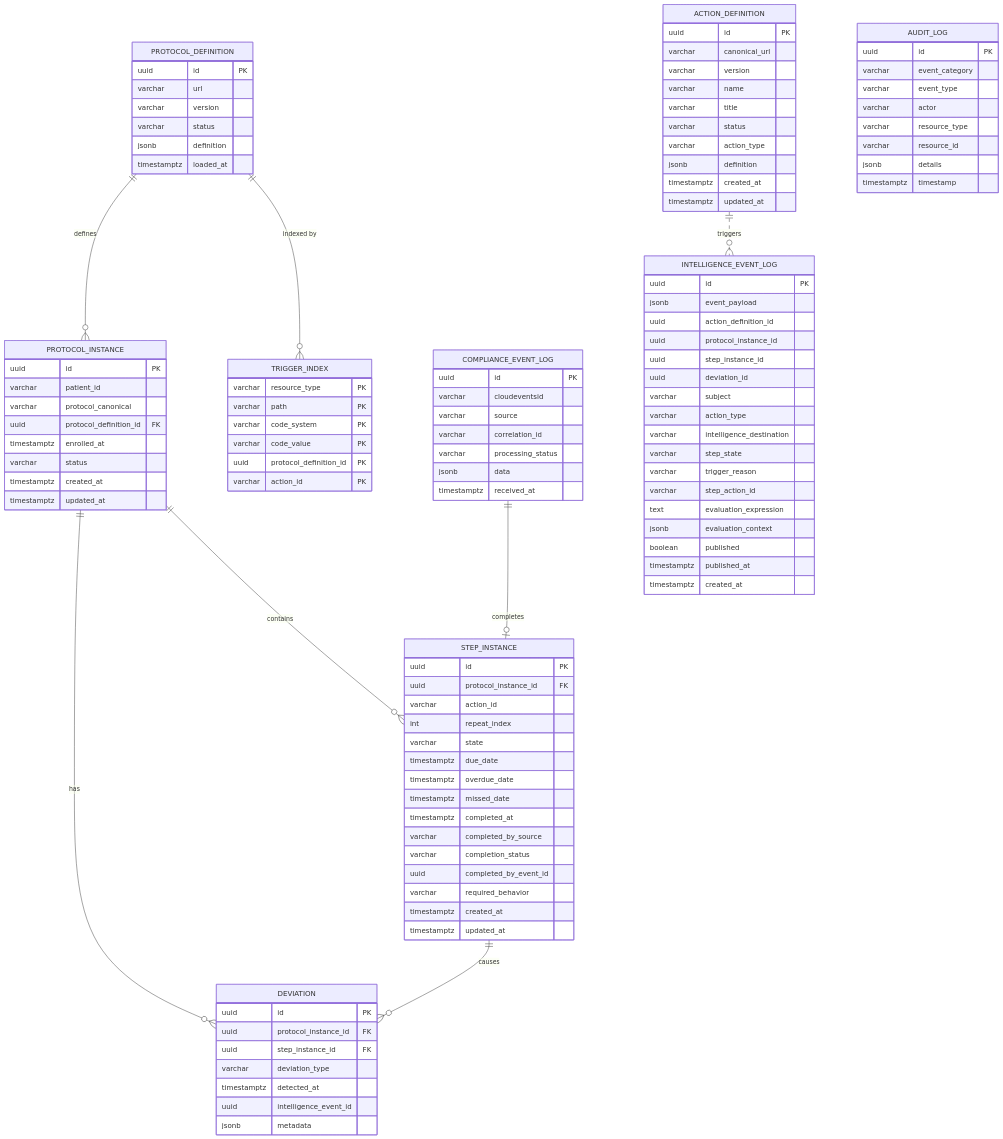
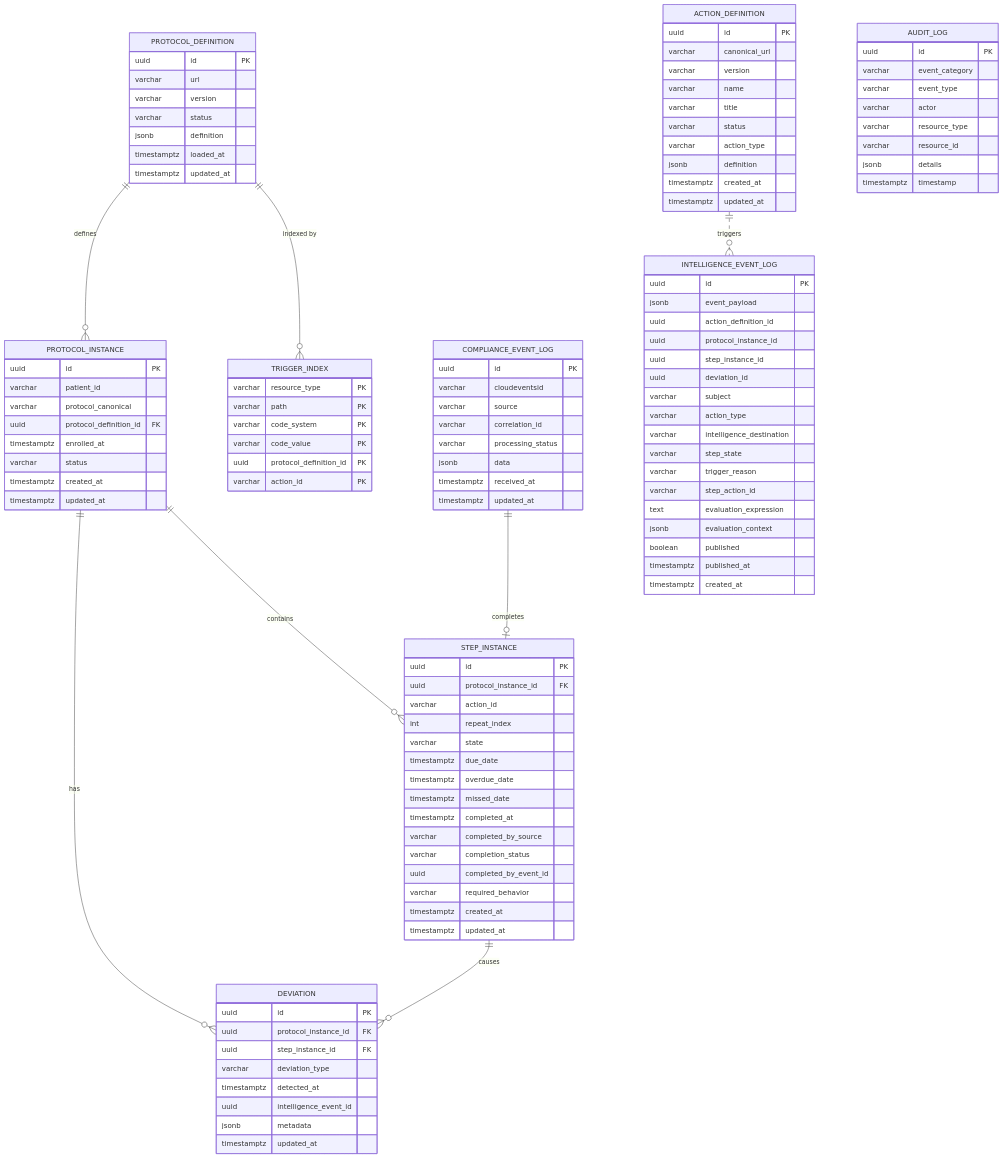
One commit to Jayaprakash8887/cce-compliance-service changed the diagram in docs/data-dictionary.md. Above: the diagram before and after it, drawn with Mermaid. The commit also changed other lines of this file and 4 other files, not shown here.

Commit message:
refactor: add updated_at timestamp to entities and database schema for tracking modifications

```diff
--- a/docs/data-dictionary.md
+++ b/docs/data-dictionary.md
@@ -44,6 +44,7 @@
         varchar status
         jsonb definition
         timestamptz loaded_at
+        timestamptz updated_at
     }
 
     PROTOCOL_INSTANCE {
@@ -83,6 +84,7 @@
         timestamptz detected_at
         uuid intelligence_event_id
         jsonb metadata
+        timestamptz updated_at
     }
 
     TRIGGER_INDEX {
@@ -102,6 +104,7 @@
         varchar processing_status
         jsonb data
         timestamptz received_at
+        timestamptz updated_at
     }
 
     AUDIT_LOG {
```
